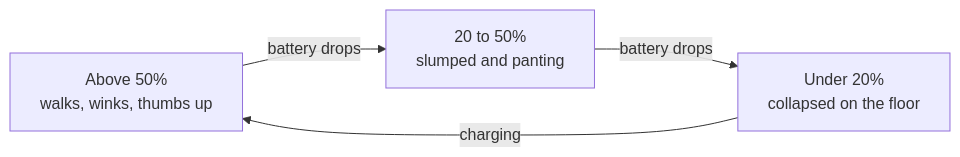
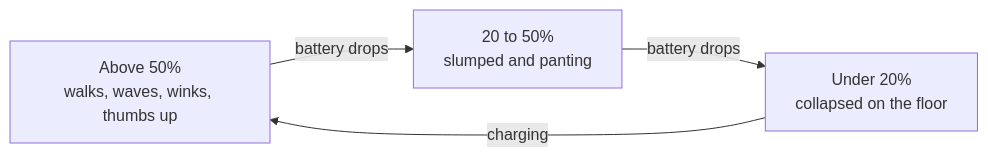
The second of 2 diagrams in README.md (SuperDidZero/m5stick-pip-boy), drawn with Mermaid before and after one commit. The commit also changed other lines of this file and 2 other files, not shown here.

````diff
--- a/README.md
+++ b/README.md
@@ -37,6 +38,6 @@
 ```mermaid
 flowchart LR
-    A["Above 50%<br/>walks, winks, thumbs up"] -->|battery drops| B["20 to 50%<br/>slumped and panting"]
+    A["Above 50%<br/>walks, waves, winks, thumbs up"] -->|battery drops| B["20 to 50%<br/>slumped and panting"]
     B -->|battery drops| C["Under 20%<br/>collapsed on the floor"]
     C -->|charging| A
 ```
````
